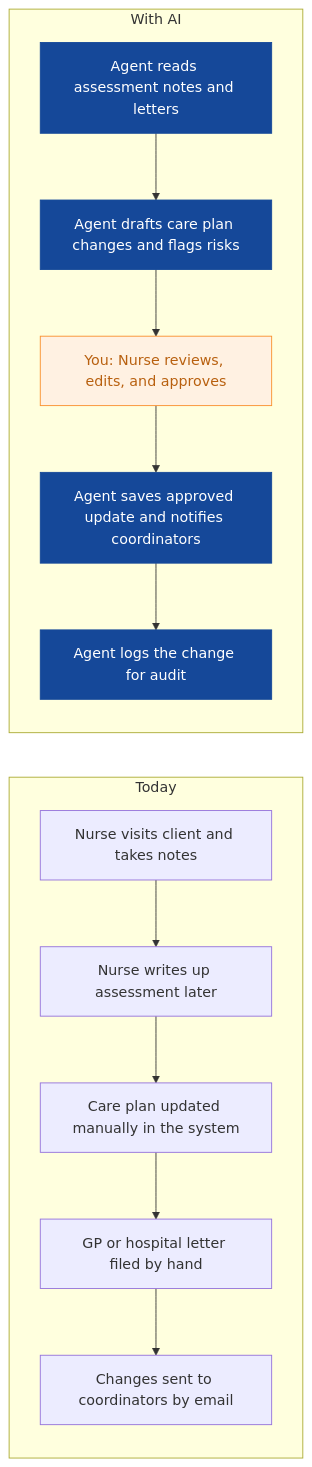
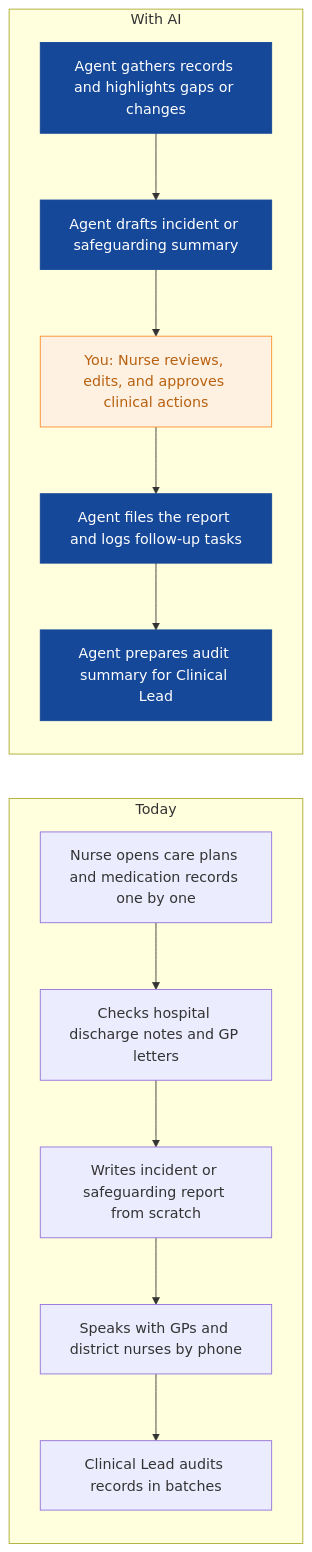
The fifth of 8 diagrams in strategies/evergreen-home-care.md (nexibeo/Complete-AI-Strategy), drawn with Mermaid before and after one commit. The commit also changed other lines of this file and 26 other files, not shown here.

````diff
--- a/strategies/evergreen-home-care.md
+++ b/strategies/evergreen-home-care.md
@@ -166,23 +169,23 @@
 ```mermaid
 flowchart LR
   subgraph Today
-    B0["Nurse visits client and takes notes"]
-    B1["Nurse writes up assessment later"]
-    B2["Care plan updated manually in the system"]
-    B3["GP or hospital letter filed by hand"]
-    B4["Changes sent to coordinators by email"]
+    B0["Nurse opens care plans and medication records one by one"]
+    B1["Checks hospital discharge notes and GP letters"]
+    B2["Writes incident or safeguarding report from scratch"]
+    B3["Speaks with GPs and district nurses by phone"]
+    B4["Clinical Lead audits records in batches"]
     B0 --> B1 --> B2 --> B3 --> B4
   end
   subgraph WithAI[With AI]
-    A0["Agent reads assessment notes and letters"]
-    A1["Agent drafts care plan changes and flags risks"]
-    A2["You: Nurse reviews, edits, and approves"]
-    A3["Agent saves approved update and notifies coordinators"]
-    A4["Agent logs the change for audit"]
+    A0["Agent gathers records and highlights gaps or changes"]
+    A1["Agent drafts incident or safeguarding summary"]
+    A2["You: Nurse reviews, edits, and approves clinical actions"]
+    A3["Agent files the report and logs follow-up tasks"]
+    A4["Agent prepares audit summary for Clinical Lead"]
     A0 --> A1 --> A2 --> A3 --> A4
   end
   classDef ai fill:#154899,color:#fff,stroke:#154899
   classDef human fill:#FFF1E2,color:#B8600F,stroke:#F98F2C
   class A0,A1,A3,A4 ai
   class A2 human
 ```
````
